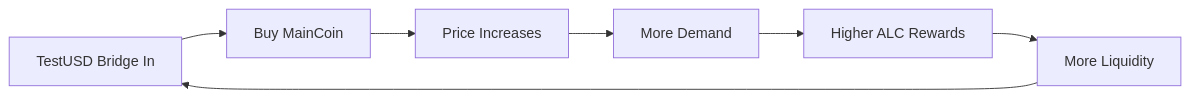
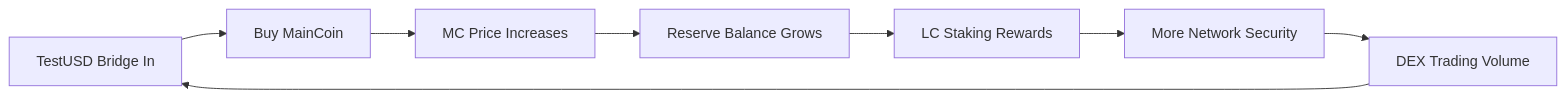
Before and after one commit to mfabdev/mychain: the diagram in README.md, drawn with Mermaid. The commit also changed other lines of this file and 10 other files, not shown here.

````diff
--- a/README.md
+++ b/README.md
@@ -76,9 +82,10 @@
 ```mermaid
 graph LR
     A[TestUSD Bridge In] --> B[Buy MainCoin]
-    B --> C[Price Increases]
-    C --> D[More Demand]
-    D --> E[Higher ALC Rewards]
-    E --> F[More Liquidity]
-    F --> A
+    B --> C[MC Price Increases]
+    C --> D[Reserve Balance Grows]
+    D --> E[LC Staking Rewards]
+    E --> F[More Network Security]
+    F --> G[DEX Trading Volume]
+    G --> A
 ```
````
